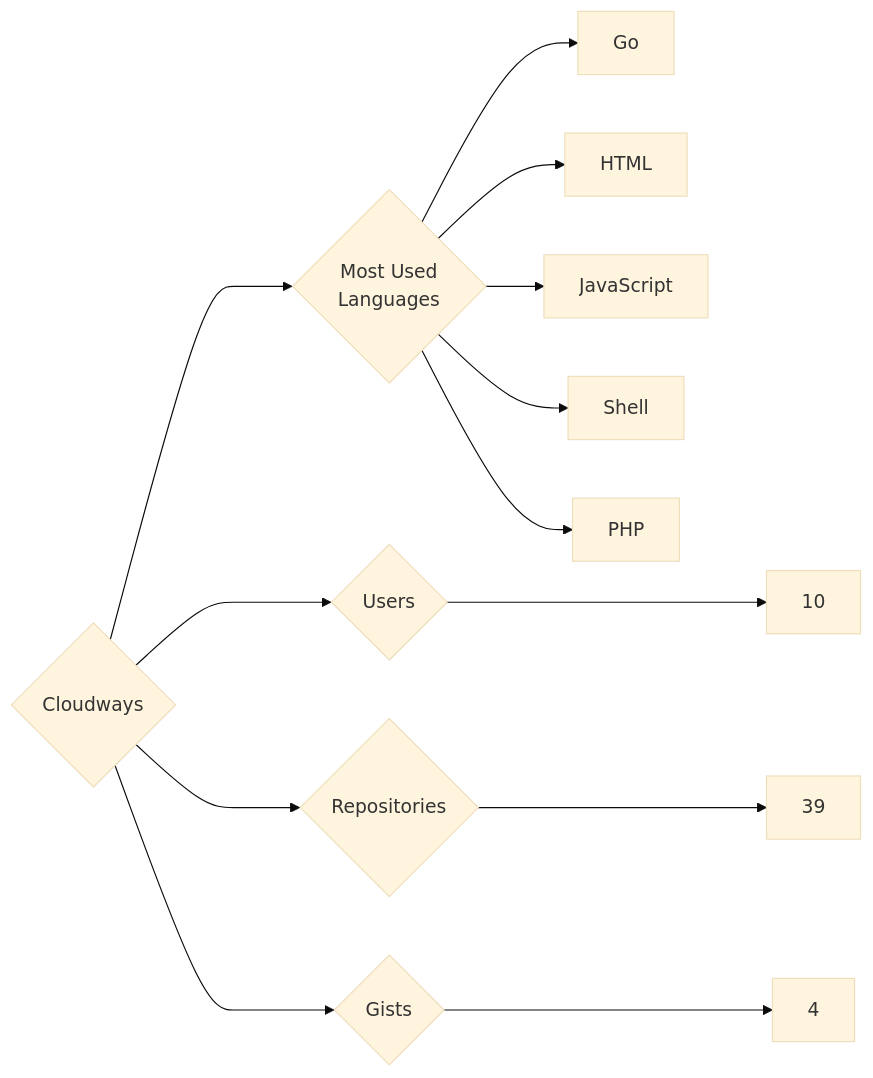
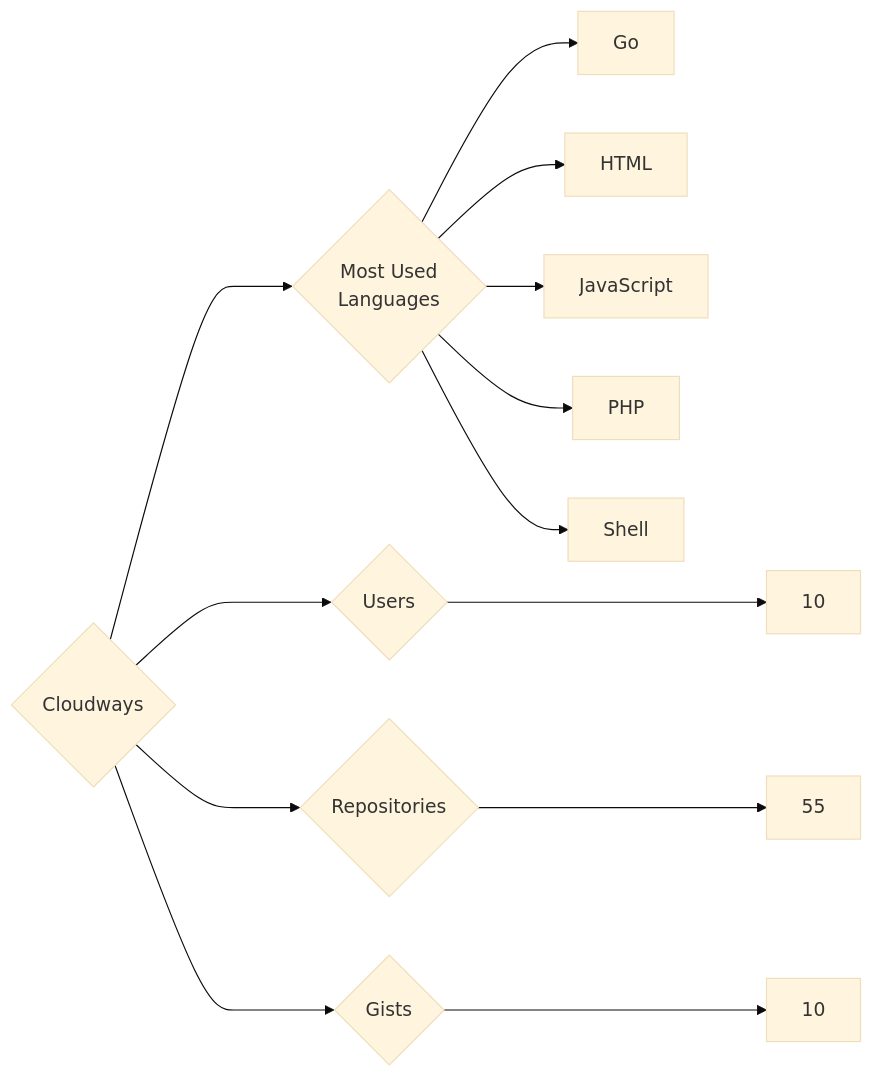
One commit to trickest/insiders changed the diagram in targets/Cloudways/README.md. Above: the diagram before and after it, drawn with Mermaid (base theme). The commit also changed 772 other files, not shown here.

````diff
--- a/targets/Cloudways/README.md
+++ b/targets/Cloudways/README.md
@@ -3,13 +3,13 @@
 ```mermaid
 graph LR
 COMPANY_NAME{Cloudways}
 COMPANY_NAME ---> U{Users} ---> UN[10]
-COMPANY_NAME ---> R{Repositories} ---> RN[39]
-COMPANY_NAME ---> G{Gists} ---> GN[4]
+COMPANY_NAME ---> R{Repositories} ---> RN[55]
+COMPANY_NAME ---> G{Gists} ---> GN[10]
 COMPANY_NAME ---> ML{Most Used<br>Languages}
 ML --> Go[Go]
 ML --> HTML[HTML]
 ML --> JavaScript[JavaScript]
+ML --> PHP[PHP]
 ML --> Shell[Shell]
-ML --> PHP[PHP]
 ```
````
